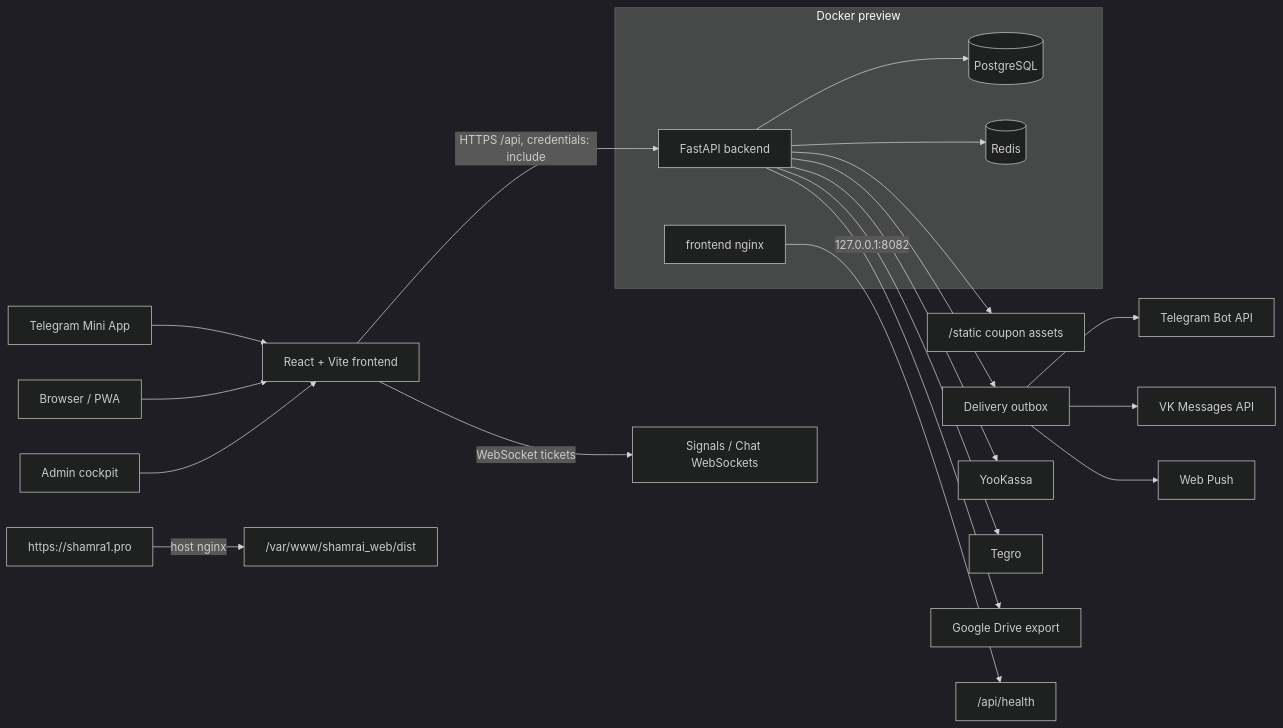
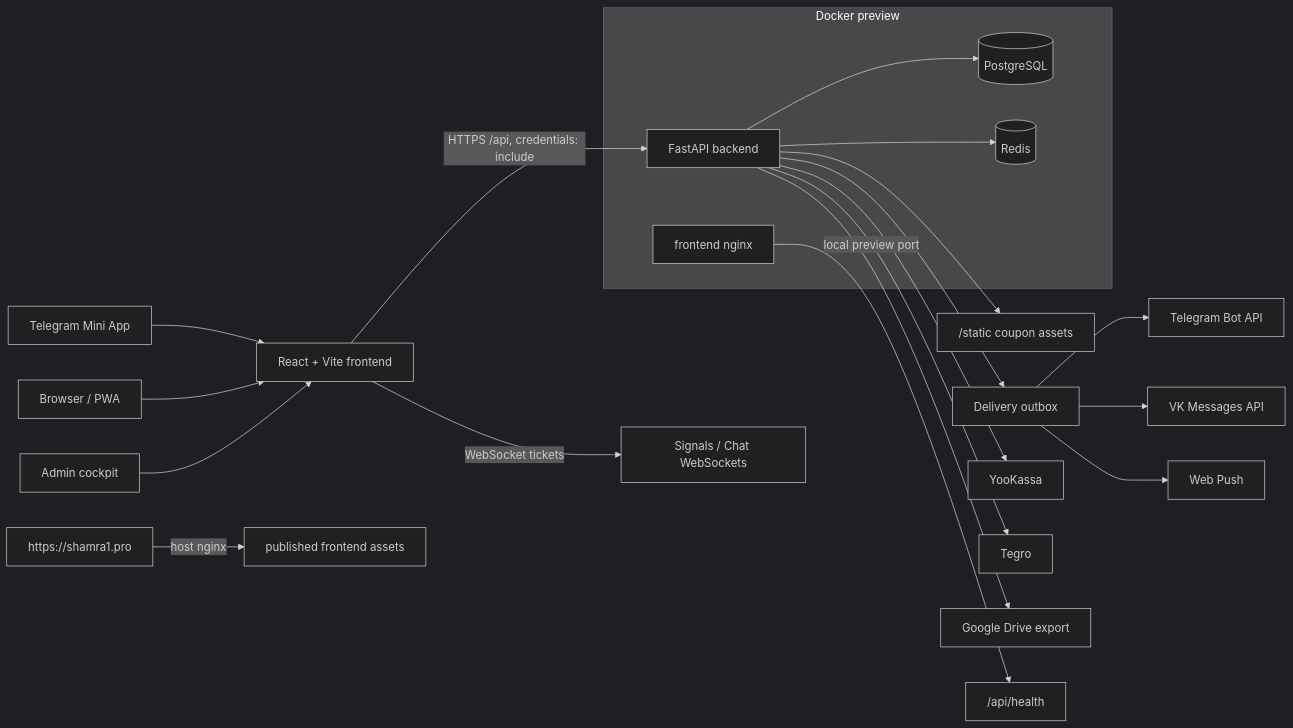
One commit to inftverezovsky/Mini-Web-Shamrai- changed the diagram in README.md. Above: the diagram before and after it, drawn with Mermaid (dark theme). The commit also changed other lines of this file and 53 other files, not shown here.

````diff
--- a/README.md
+++ b/README.md
@@ -18,32 +18,32 @@
 ```mermaid
 flowchart LR
   TG["Telegram Mini App"] --> FE["React + Vite frontend"]
   WEB["Browser / PWA"] --> FE
   ADMIN["Admin cockpit"] --> FE
 
   FE -->|"HTTPS /api, credentials: include"| API["FastAPI backend"]
   FE -->|"WebSocket tickets"| WS["Signals / Chat WebSockets"]
 
   API --> DB[("PostgreSQL")]
   API --> REDIS[("Redis")]
   API --> STATIC["/static coupon assets"]
   API --> OUTBOX["Delivery outbox"]
 
   OUTBOX --> TGBOT["Telegram Bot API"]
   OUTBOX --> VK["VK Messages API"]
   OUTBOX --> PUSH["Web Push"]
 
   API --> YK["YooKassa"]
   API --> TEGRO["Tegro"]
   API --> GDRIVE["Google Drive export"]
 
   subgraph Preview["Docker preview"]
     DB
     REDIS
     API
     NGINX["frontend nginx"]
   end
 
-  NGINX -->|"127.0.0.1:8082"| HEALTH["/api/health"]
-  PUBLIC["https://shamra1.pro"] -->|"host nginx"| WEBROOT["/var/www/shamrai_web/dist"]
+  NGINX -->|"local preview port"| HEALTH["/api/health"]
+  PUBLIC["https://shamra1.pro"] -->|"host nginx"| WEBROOT["published frontend assets"]
 ```
````
